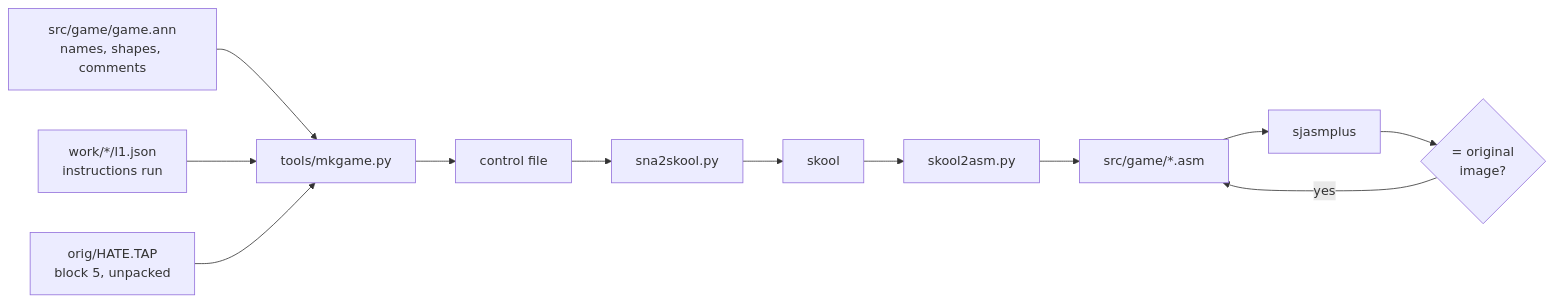
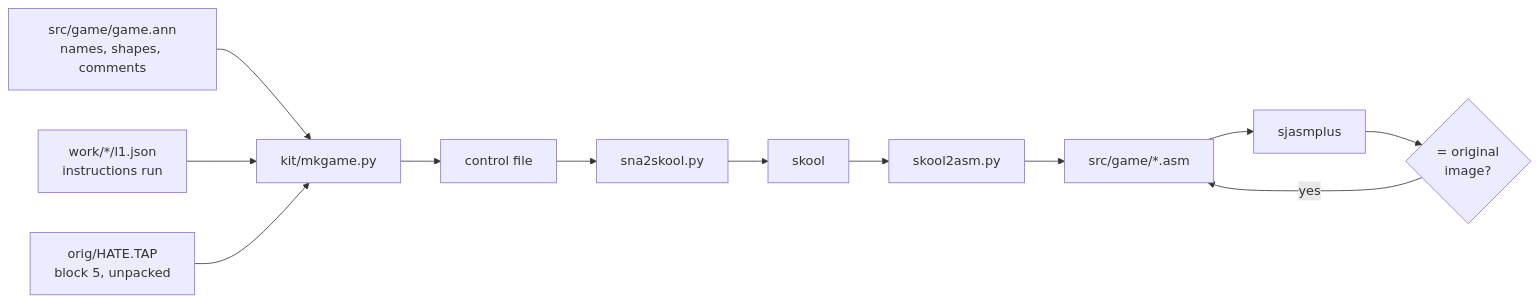
The third of 3 diagrams in games/hate/docs/03-build-and-load.md (alfishe/unrealng-reverse-cases), drawn with Mermaid before and after one commit. The commit also changed other lines of this file and 14 other files, not shown here.

First line of the commit message:
hate: parts through kit/mkgame.py, tool paths from kit/toolpaths.py, docs anchors

````diff
--- a/games/hate/docs/03-build-and-load.md
+++ b/games/hate/docs/03-build-and-load.md
@@ -264,9 +264,9 @@
 ```mermaid
 flowchart LR
-    ann["src/game/game.ann<br/>names, shapes, comments"] --> mk["tools/mkgame.py"]
+    ann["src/game/game.ann<br/>names, shapes, comments"] --> mk["kit/mkgame.py"]
     l1["work/*/l1.json<br/>instructions run"] --> mk
     tap["orig/HATE.TAP<br/>block 5, unpacked"] --> mk
     mk --> ctl["control file"] --> sna["sna2skool.py"] --> skool["skool"] --> s2a["skool2asm.py"] --> asm["src/game/*.asm"]
     asm --> sj["sjasmplus"] --> cmp{"= original<br/>image?"}
     cmp -- yes --> asm
 ```
````
